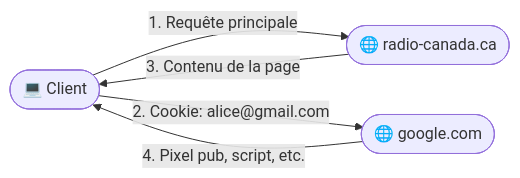
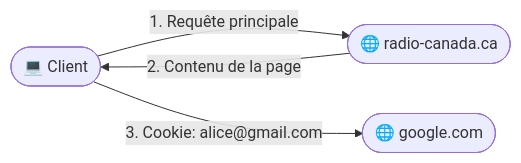
Before and after one commit to departement-info-cem/3U4-cybersec: the third of 3 diagrams in web/docs/01-cours/11-rencontre6.1.md, drawn with Mermaid.

Commit message:
correction mermaid cookie tracage

````diff
--- a/web/docs/01-cours/11-rencontre6.1.md
+++ b/web/docs/01-cours/11-rencontre6.1.md
@@ -163,8 +163,7 @@
 ```mermaid
 flowchart LR
     Client([💻 Client]) -- "1. Requête principale" --> RadioCanada([🌐 radio-canada.ca])
-    Client -- "2. Cookie: alice@gmail.com" --> Google([🌐 google.com])
-    RadioCanada -- "3. Contenu de la page" --> Client
-    Google -- "4. Pixel pub, script, etc." --> Client
+    Client -- "3. Cookie: alice@gmail.com" --> Google([🌐 google.com])
+    RadioCanada -- "2. Contenu de la page" --> Client
 
 ```
````
